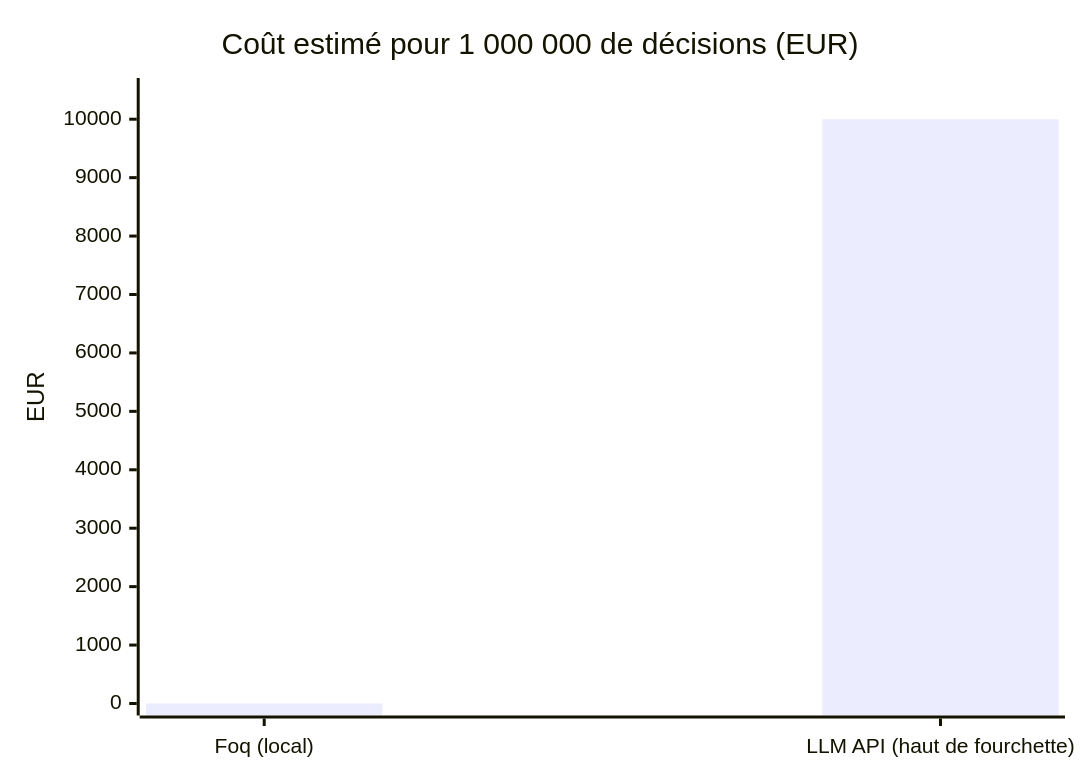
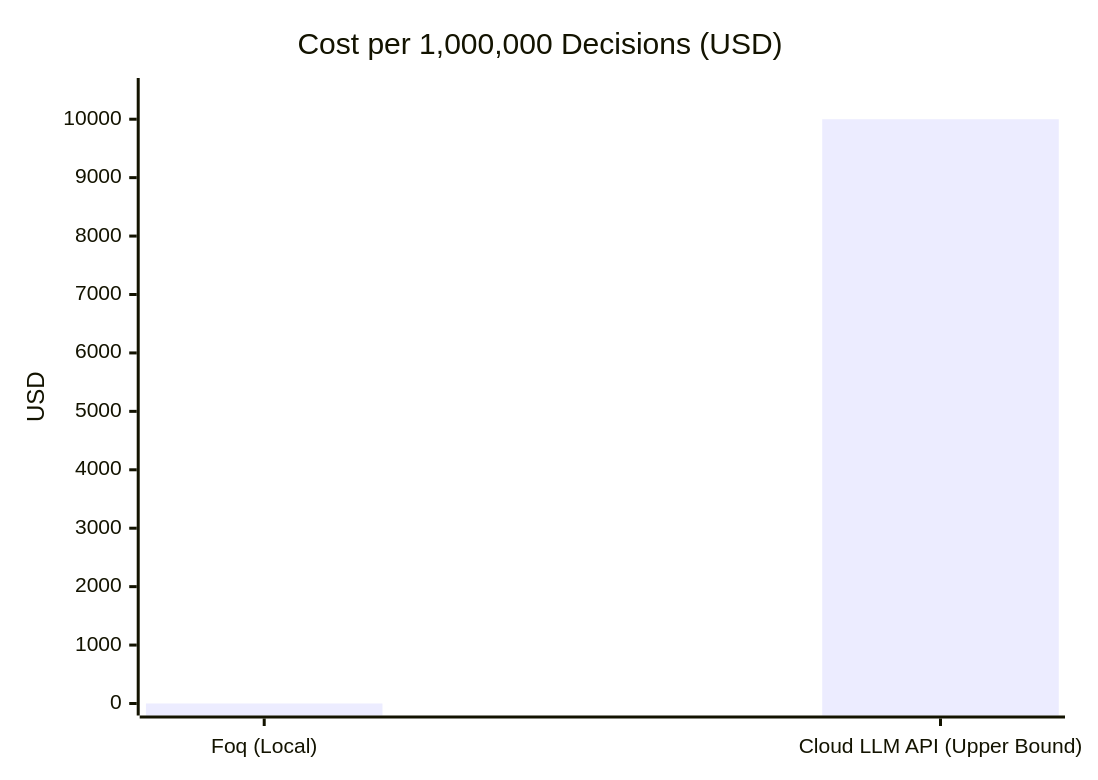
Before and after one commit to yohanargentina-oss/Foq: the fourth of 6 diagrams in BENCHMARKS.md, drawn with Mermaid. The commit also changed other lines of this file and 15 other files, not shown here.

````diff
--- a/BENCHMARKS.md
+++ b/BENCHMARKS.md
@@ -99,7 +81,7 @@
 ```mermaid
 xychart-beta
-    title "Coût estimé pour 1 000 000 de décisions (EUR)"
-    x-axis ["Foq (local)", "LLM API (haut de fourchette)"]
-    y-axis "EUR" 0 --> 10500
+    title "Cost per 1,000,000 Decisions (USD)"
+    x-axis ["Foq (Local)", "Cloud LLM API (Upper Bound)"]
+    y-axis "USD" 0 --> 10500
     bar [0, 10000]
 ```
````
